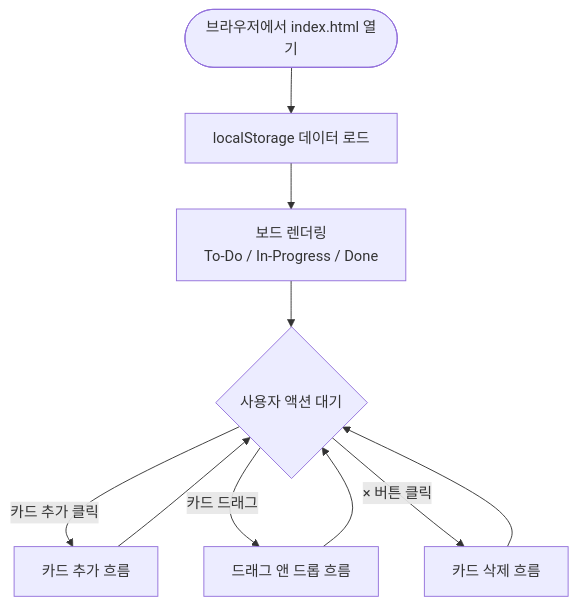
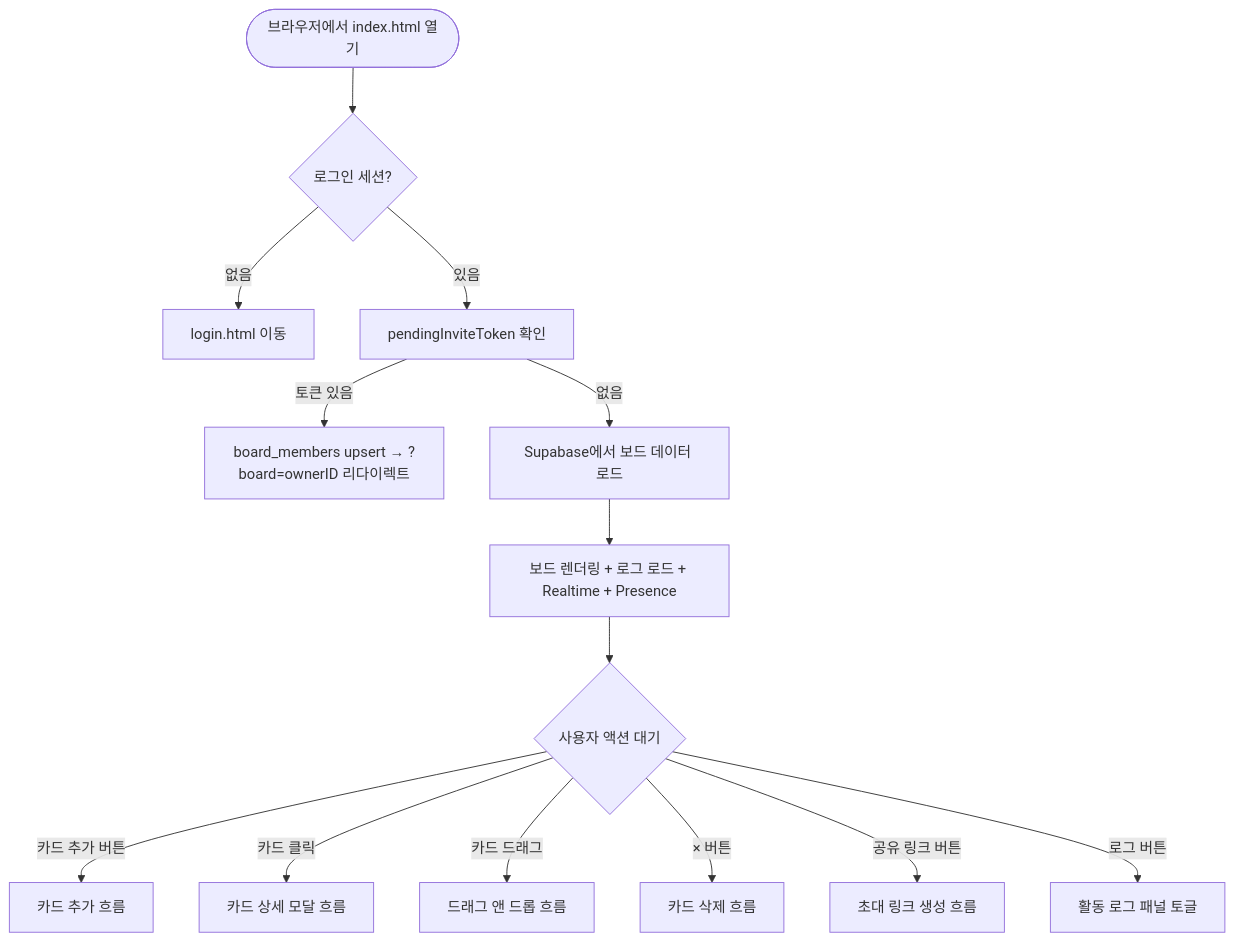
The first of 8 diagrams in kanban/USER_FLOW.md (ikhanet/kosa_202605), drawn with Mermaid before and after one commit. The commit also changed other lines of this file and 13 other files, not shown here.

````diff
--- a/kanban/USER_FLOW.md
+++ b/kanban/USER_FLOW.md
@@ -5,14 +5,17 @@
 ```mermaid
 flowchart TD
-    Start([브라우저에서 index.html 열기]) --> Load[localStorage 데이터 로드]
-    Load --> Render[보드 렌더링\nTo-Do / In-Progress / Done]
+    Start([브라우저에서 index.html 열기]) --> Auth{로그인 세션?}
+    Auth -->|없음| Login[login.html 이동]
+    Auth -->|있음| Invite[pendingInviteToken 확인]
+    Invite -->|토큰 있음| JoinBoard[board_members upsert → ?board=ownerID 리다이렉트]
+    Invite -->|없음| Load[Supabase에서 보드 데이터 로드]
+    Load --> Render[보드 렌더링 + 로그 로드 + Realtime + Presence]
     Render --> Idle{사용자 액션 대기}
 
-    Idle -->|카드 추가 클릭| AddFlow[카드 추가 흐름]
+    Idle -->|카드 추가 버튼| AddFlow[카드 추가 흐름]
+    Idle -->|카드 클릭| ModalFlow[카드 상세 모달 흐름]
     Idle -->|카드 드래그| DragFlow[드래그 앤 드롭 흐름]
-    Idle -->|× 버튼 클릭| DeleteFlow[카드 삭제 흐름]
-
-    AddFlow --> Idle
-    DragFlow --> Idle
-    DeleteFlow --> Idle
+    Idle -->|× 버튼| DeleteFlow[카드 삭제 흐름]
+    Idle -->|공유 링크 버튼| ShareFlow[초대 링크 생성 흐름]
+    Idle -->|로그 버튼| LogFlow[활동 로그 패널 토글]
 ```
````
